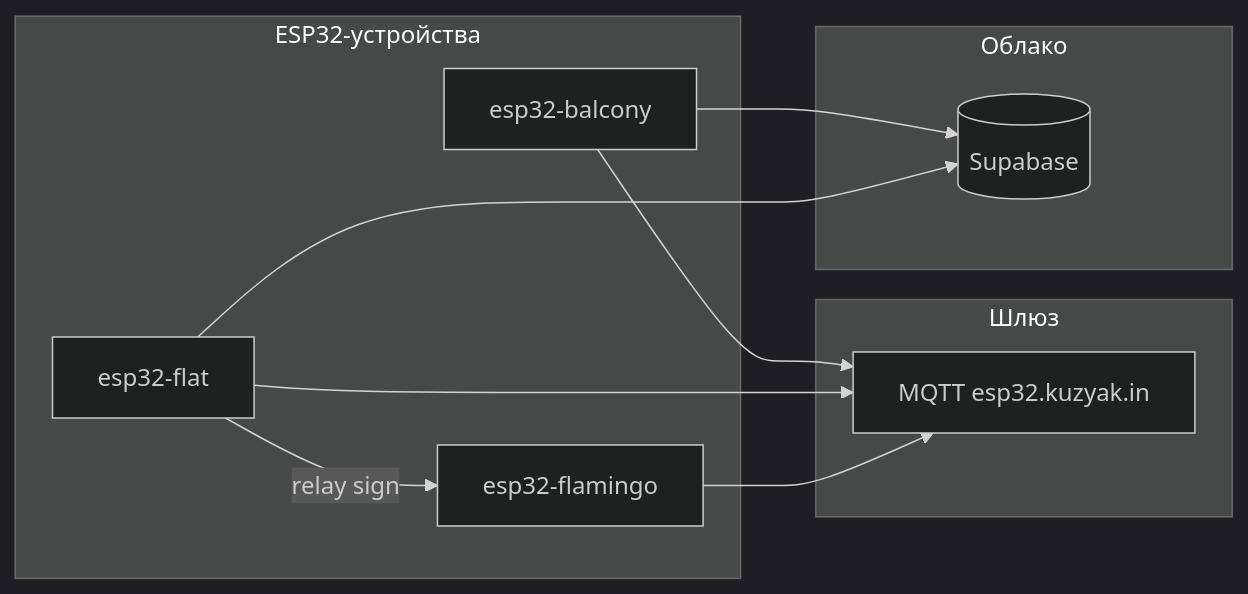
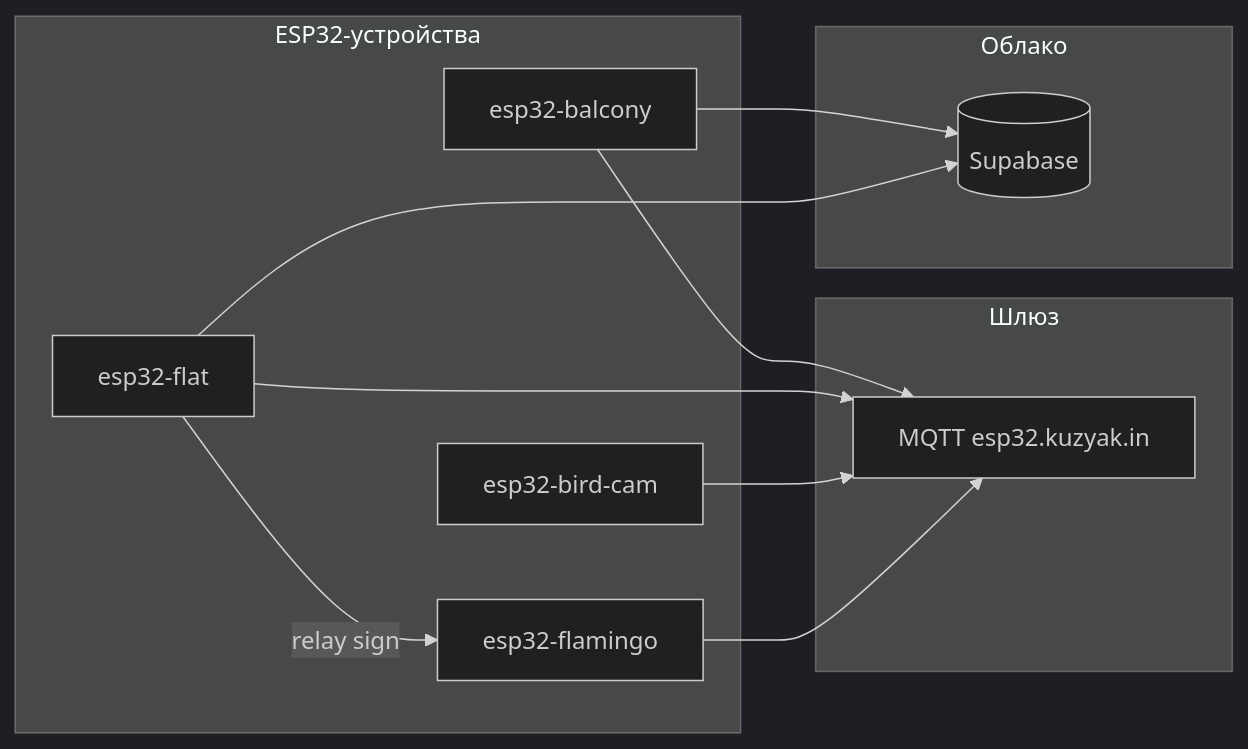
One commit to iposho/arduino changed the diagram in README.md. Above: the diagram before and after it, drawn with Mermaid (dark theme). The commit also changed other lines of this file and 7 other files, not shown here.

````diff
--- a/README.md
+++ b/README.md
@@ -9,23 +9,25 @@
 ```mermaid
 flowchart LR
   subgraph devices [ESP32-устройства]
     B[esp32-balcony]
     F[esp32-flat]
+    C[esp32-bird-cam]
     FG[esp32-flamingo]
   end
 
   subgraph hub [Шлюз]
   M[MQTT esp32.kuzyak.in]
   end
 
   subgraph cloud [Облако]
   S[(Supabase)]
   end
 
   B --> M
   F --> M
+  C --> M
   FG --> M
   F -->|relay sign| FG
   B --> S
   F --> S
 ```
````
